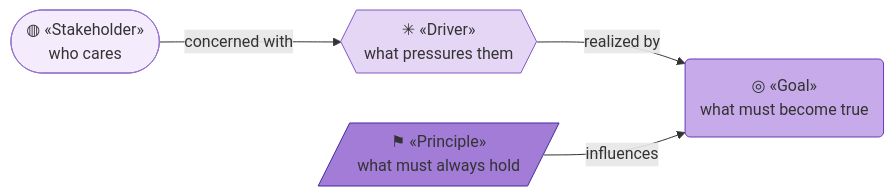
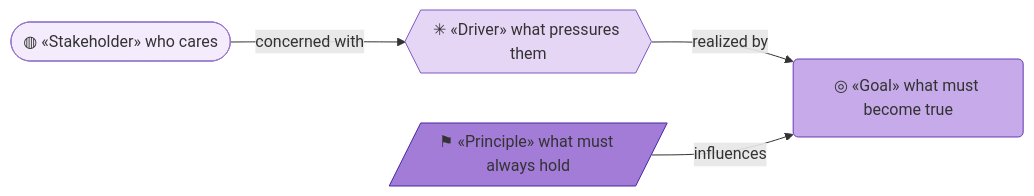
The first of 4 diagrams in product-archreator/site/architecture/1_strategy/1_motivation.md (roanboc/architecture-archreator), drawn with Mermaid before and after one commit. The commit also changed other lines of this file and 38 other files, not shown here.

````diff
--- a/product-archreator/site/architecture/1_strategy/1_motivation.md
+++ b/product-archreator/site/architecture/1_strategy/1_motivation.md
@@ -9,16 +9,16 @@
 ```mermaid
 flowchart LR
-  stk(["◍ «Stakeholder»<br>who cares"]):::stakeholder
-  drv{{"✳ «Driver»<br>what pressures them"}}:::driver
-  g("◎ «Goal»<br>what must become true"):::goal
-  p[/"⚑ «Principle»<br>what must always hold"/]:::principle
+  stk(["◍ «Stakeholder» who cares"]):::stakeholder
+  drv{{"✳ «Driver» what pressures them"}}:::driver
+  g("◎ «Goal» what must become true"):::goal
+  p[/"⚑ «Principle» what must always hold"/]:::principle
 
   stk -->|concerned with| drv
   drv -->|realized by| g
   p -->|influences| g
 
   classDef stakeholder fill:#f4ecfc,stroke:#9575cd,color:#333
   classDef driver fill:#e6d6f5,stroke:#7e57c2,color:#333
   classDef goal fill:#c6aae9,stroke:#673ab7,color:#333
   classDef principle fill:#a37cd8,stroke:#4527a0,color:#333
 ```
````
